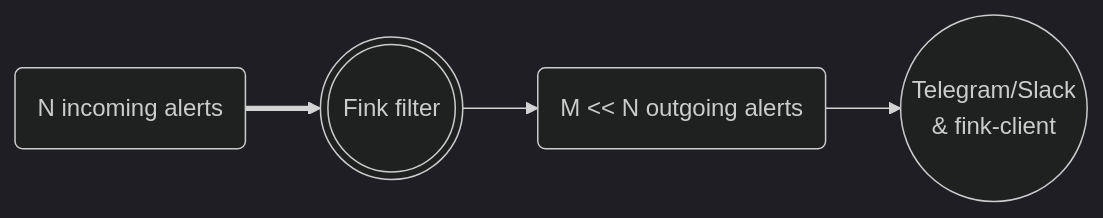
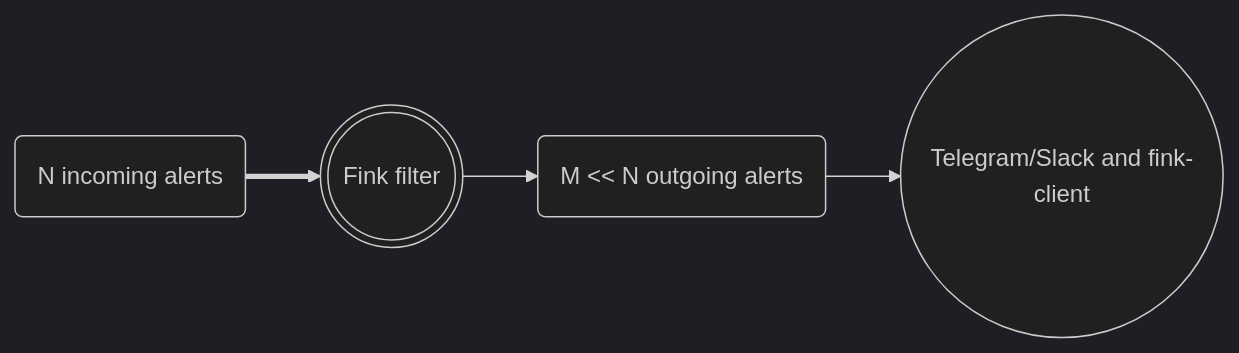
The diagram in docs/broker/filters.md (astrolabsoftware/fink), drawn with Mermaid (dark theme) before and after one commit. The commit also changed 1 other file, not shown here.

Commit message:
Remove line break

````diff
--- a/docs/broker/filters.md
+++ b/docs/broker/filters.md
@@ -11,6 +11,6 @@
 ``` mermaid
 graph LR
   A(N incoming alerts) ==> B(((Fink filter)));
   B --> D(M << N outgoing alerts);
-  D --> E((Telegram/Slack \n & fink-client))
+  D --> E((Telegram/Slack and fink-client))
 ```
````
